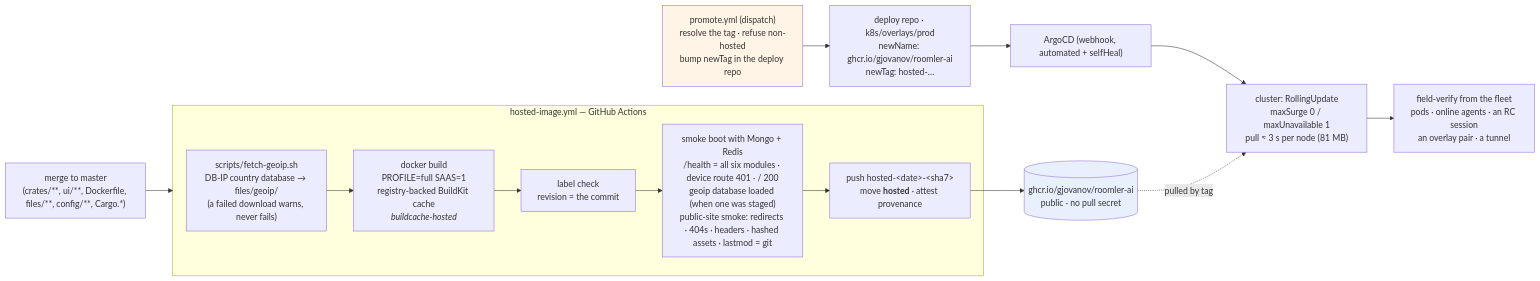
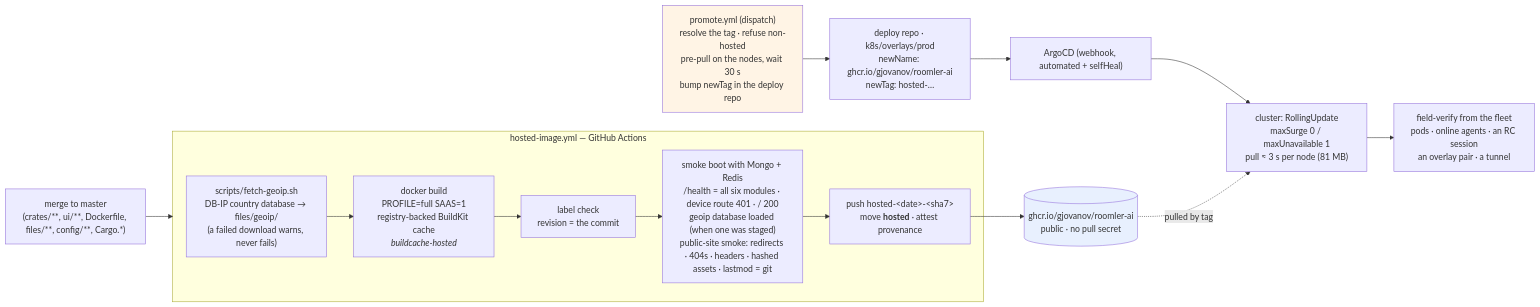
One commit to gjovanov/roomler-ai changed the second of 6 diagrams in docs/deployment.md. Above: the diagram before and after it, drawn with Mermaid. The commit also changed other lines of this file and 2 other files, not shown here.

First line of the commit message:
ci(promote): FR-28 — the image lands on the nodes before the roll

````diff
--- a/docs/deployment.md
+++ b/docs/deployment.md
@@ -56,24 +56,24 @@
 ```mermaid
 flowchart LR
     M["merge to master<br/>(crates/**, ui/**, Dockerfile, files/**, config/**, Cargo.*)"]
     subgraph gha["hosted-image.yml — GitHub Actions"]
         GE["scripts/fetch-geoip.sh<br/>DB-IP country database → files/geoip/<br/>(a failed download warns, never fails)"]
         B["docker build<br/>PROFILE=full SAAS=1<br/>registry-backed BuildKit cache<br/><i>buildcache-hosted</i>"]
         L["label check<br/>revision = the commit"]
         S["smoke boot with Mongo + Redis<br/>/health = all six modules · device route 401 · / 200<br/>geoip database loaded (when one was staged)<br/>public-site smoke: redirects · 404s · headers · hashed assets · lastmod = git"]
         P["push hosted-&lt;date&gt;-&lt;sha7&gt;<br/>move <b>hosted</b> · attest provenance"]
         GE --> B --> L --> S --> P
     end
     G[("ghcr.io/gjovanov/roomler-ai<br/>public · no pull secret")]
-    PR["promote.yml (dispatch)<br/>resolve the tag · refuse non-hosted<br/>bump newTag in the deploy repo"]
+    PR["promote.yml (dispatch)<br/>resolve the tag · refuse non-hosted<br/>pre-pull on the nodes, wait 30 s<br/>bump newTag in the deploy repo"]
     D["deploy repo · k8s/overlays/prod<br/>newName: ghcr.io/gjovanov/roomler-ai<br/>newTag: hosted-…"]
     A["ArgoCD (webhook, automated + selfHeal)"]
     K["cluster: RollingUpdate<br/>maxSurge 0 / maxUnavailable 1<br/>pull ≈ 3 s per node (81 MB)"]
     F["field-verify from the fleet<br/>pods · online agents · an RC session<br/>an overlay pair · a tunnel"]
     M --> gha
     P --> G
     PR --> D --> A --> K --> F
     G -.->|"pulled by tag"| K
     style G fill:#e8f0fe
     style PR fill:#fff4e5
 ```
````
